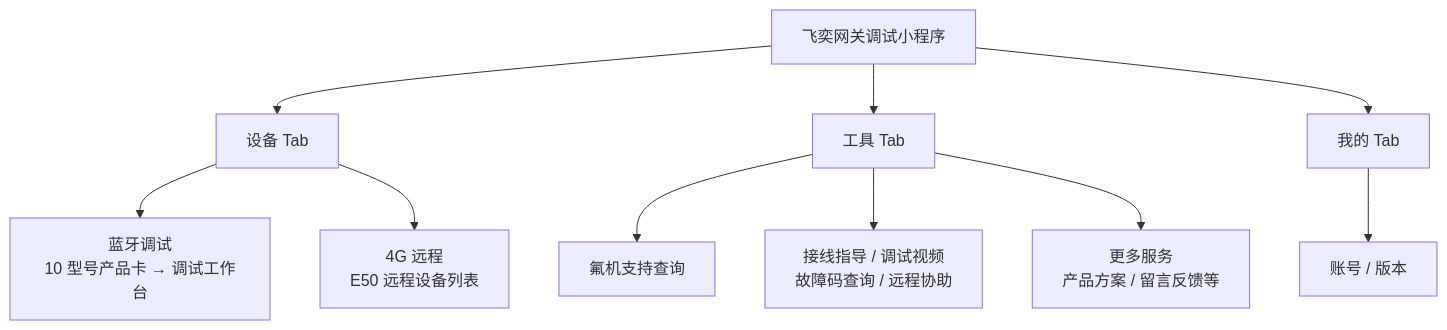
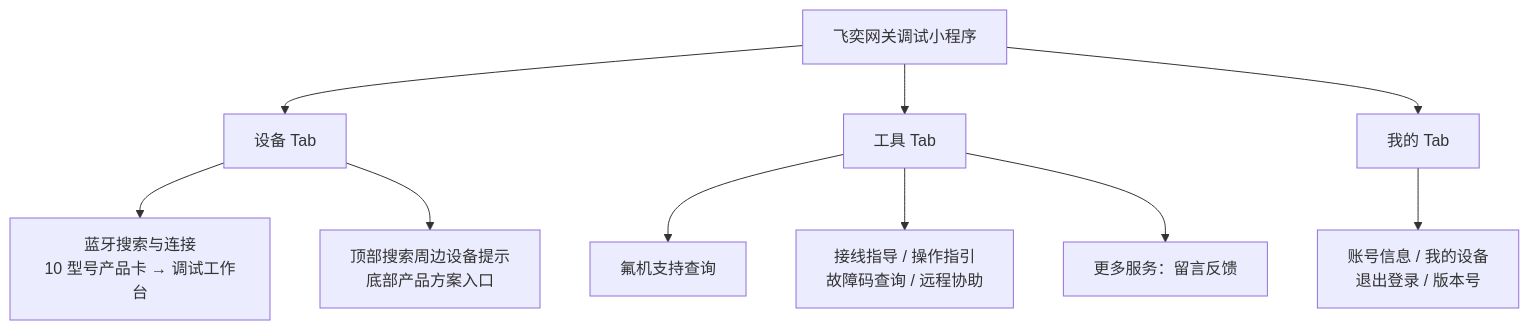
The first of 2 diagrams in docs/飞奕网关调试小程序功能说明书.md (hidingwenwu/gwdbg-demo), drawn with Mermaid before and after one commit. The commit also changed other lines of this file and 36 other files, not shown here.

Commit message:
操作指引体系重构：新增操作指引总页（硬件产品专栏8系列+平台操作专栏四类别26条视频清单页）；产品介绍页改为按系列指引汇聚页（介绍视频/手册与文档Tab），产品方案列表页重定向至总页；快速配置页顶部加操作指引入口、移除相关资源区；新增我的设备页（解绑/进入调试）+我的页入口，旧版4G页重定向到我的；设备页新增产品方案推广卡与扫描提示；A01内机页改通道Tab切换（每通道8台）+开关状态联动；功能说明书/测试/截图同步

````diff
--- a/docs/飞奕网关调试小程序功能说明书.md
+++ b/docs/飞奕网关调试小程序功能说明书.md
@@ -38,12 +38,12 @@
 ```mermaid
 flowchart TD
     A[飞奕网关调试小程序] --> B[设备 Tab]
     A --> C[工具 Tab]
     A --> D[我的 Tab]
-    B --> B1[蓝牙调试<br/>10 型号产品卡 → 调试工作台]
-    B --> B2[4G 远程<br/>E50 远程设备列表]
+    B --> B1[蓝牙搜索与连接<br/>10 型号产品卡 → 调试工作台]
+    B --> B2[顶部搜索周边设备提示<br/>底部产品方案入口]
     C --> C1[氟机支持查询]
-    C --> C2[接线指导 / 调试视频<br/>故障码查询 / 远程协助]
-    C --> C3[更多服务<br/>产品方案 / 留言反馈等]
-    D --> D1[账号 / 版本]
+    C --> C2[接线指导 / 操作指引<br/>故障码查询 / 远程协助]
+    C --> C3[更多服务：留言反馈]
+    D --> D1[账号信息 / 我的设备<br/>退出登录 / 版本号]
 ```
````
